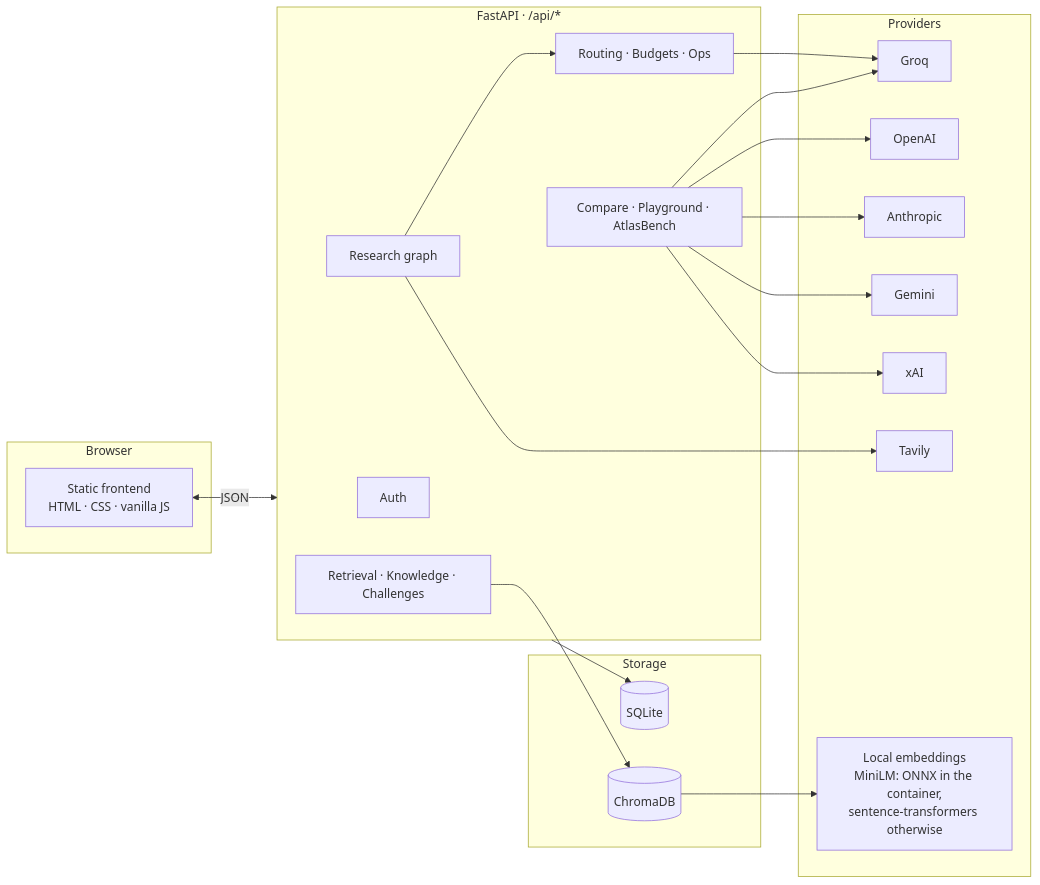
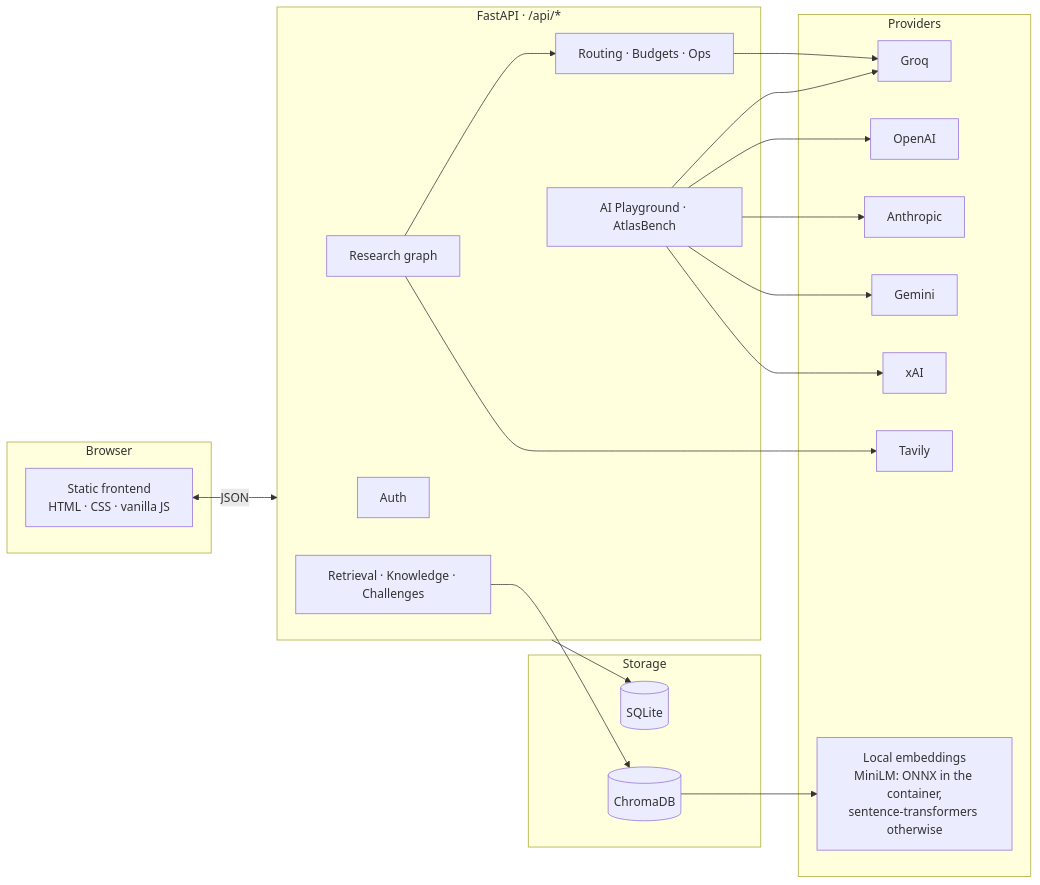
The second of 2 diagrams in README.md (shreyajoshi144/atlas), drawn with Mermaid before and after one commit. The commit also changed other lines of this file and 43 other files, not shown here.

Commit message:
Merge Compare into AI Playground; add Groq and free Gemini models; clearer results; fix Ask Atlas and benchmark presets

````diff
--- a/README.md
+++ b/README.md
@@ -93,36 +92,36 @@
 ```mermaid
 flowchart LR
     subgraph Browser
         UI["Static frontend<br/>HTML · CSS · vanilla JS"]
     end
 
     subgraph API["FastAPI · /api/*"]
         AUTH[Auth]
         RES[Research graph]
         RET[Retrieval · Knowledge · Challenges]
-        EVAL[Compare · Playground · AtlasBench]
+        EVAL[AI Playground · AtlasBench]
         ROUTE[Routing · Budgets · Ops]
     end
 
     subgraph Storage
         SQL[(SQLite)]
         VEC[(ChromaDB)]
     end
 
     subgraph Providers
         GROQ[Groq]
         OAI[OpenAI]
         ANT[Anthropic]
         GEM[Gemini]
         XAI[xAI]
         TAV[Tavily]
         EMB[Local embeddings<br/>MiniLM: ONNX in the container,<br/>sentence-transformers otherwise]
     end
 
     UI <-->|JSON| API
     RES --> ROUTE --> GROQ
     EVAL --> OAI & ANT & GEM & XAI & GROQ
     RES --> TAV
     API --> SQL
     RET --> VEC --> EMB
 ```
````
